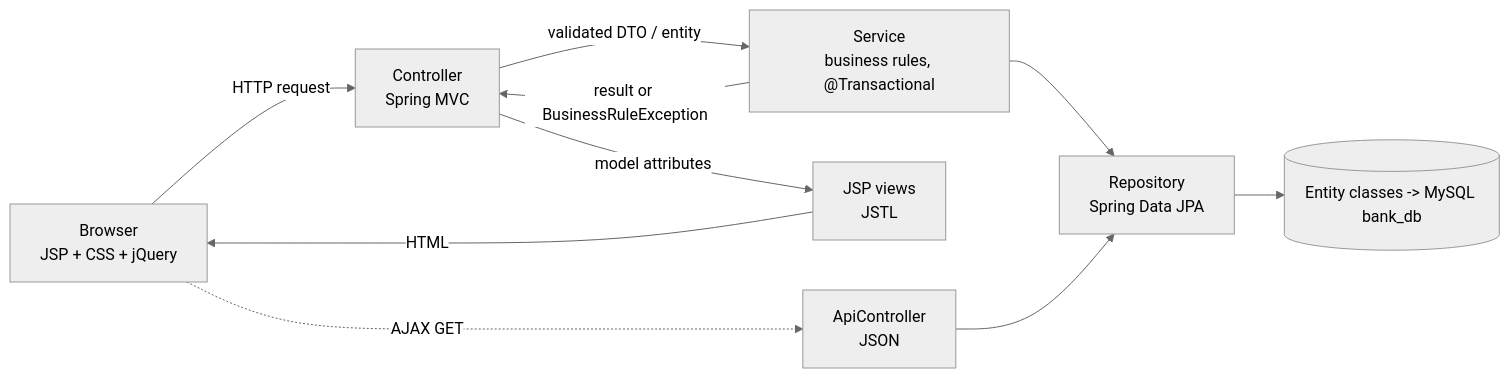
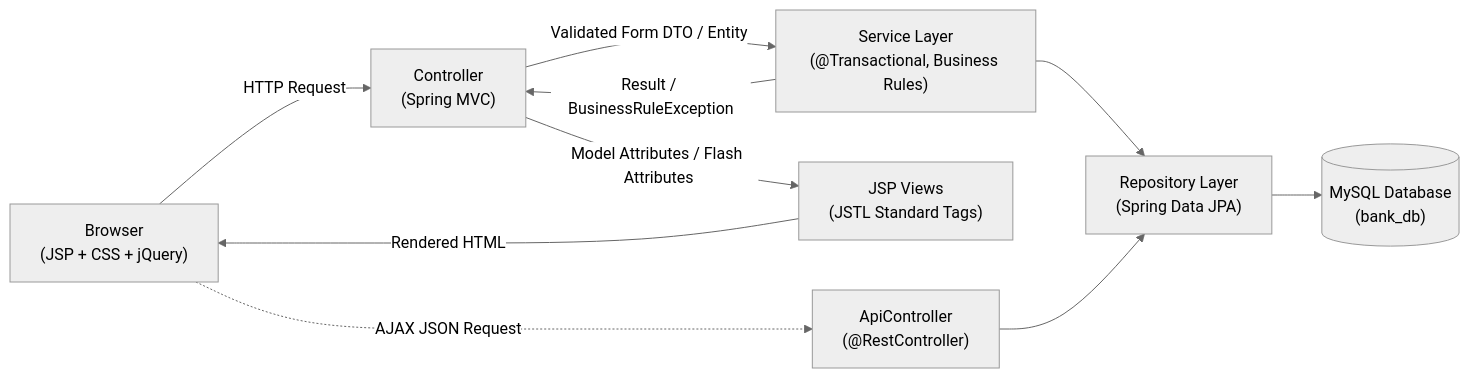
One commit to omkar1122/banking-loan-management-system changed the first of 2 diagrams in REPORT_DRAFT.md. Above: the diagram before and after it, drawn with Mermaid (neutral theme). The commit also changed other lines of this file and 3 other files, not shown here.

````diff
--- a/REPORT_DRAFT.md
+++ b/REPORT_DRAFT.md
@@ -57,12 +69,12 @@
 ```mermaid
 flowchart LR
-  B[Browser<br/>JSP + CSS + jQuery] -->|HTTP request| C[Controller<br/>Spring MVC]
-  C -->|validated DTO / entity| S[Service<br/>business rules, @Transactional]
-  S --> R[Repository<br/>Spring Data JPA]
-  R --> M[(Entity classes -> MySQL bank_db)]
-  S -->|result or BusinessRuleException| C
-  C -->|model attributes| V[JSP views<br/>JSTL]
-  V -->|HTML| B
-  B -. AJAX GET .-> A[ApiController<br/>JSON]
+  B["Browser<br/>(JSP + CSS + jQuery)"] -->|HTTP Request| C["Controller<br/>(Spring MVC)"]
+  C -->|Validated Form DTO / Entity| S["Service Layer<br/>(@Transactional, Business Rules)"]
+  S --> R["Repository Layer<br/>(Spring Data JPA)"]
+  R --> M[("MySQL Database<br/>(bank_db)")]
+  S -->|Result / BusinessRuleException| C
+  C -->|Model Attributes / Flash Attributes| V["JSP Views<br/>(JSTL Standard Tags)"]
+  V -->|Rendered HTML| B
+  B -. AJAX JSON Request .-> A["ApiController<br/>(@RestController)"]
   A --> R
 ```
````
